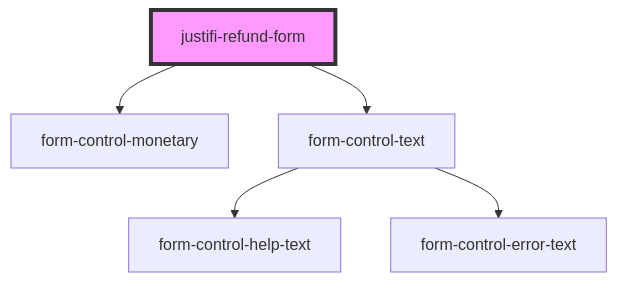
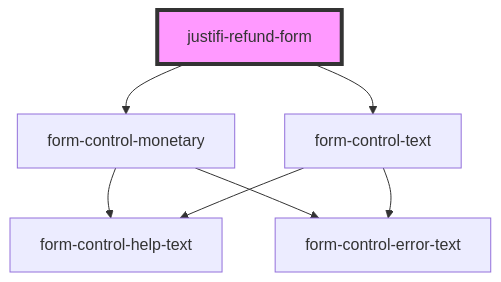
One commit to justifi-tech/web-component-library changed the diagram in packages/webcomponents/src/components/refund-form/readme.md. Above: the diagram before and after it, drawn with Mermaid. The commit also changed 13 other files, not shown here.

````diff
--- a/packages/webcomponents/src/components/refund-form/readme.md
+++ b/packages/webcomponents/src/components/refund-form/readme.md
@@ -35,8 +35,10 @@
 ```mermaid
 graph TD;
   justifi-refund-form --> form-control-monetary
   justifi-refund-form --> form-control-text
+  form-control-monetary --> form-control-help-text
+  form-control-monetary --> form-control-error-text
   form-control-text --> form-control-help-text
   form-control-text --> form-control-error-text
   style justifi-refund-form fill:#f9f,stroke:#333,stroke-width:4px
 ```
````
